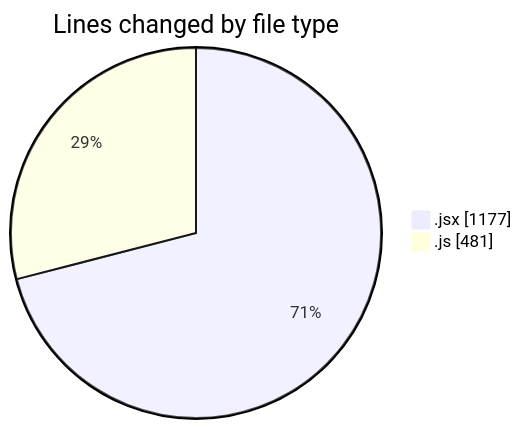
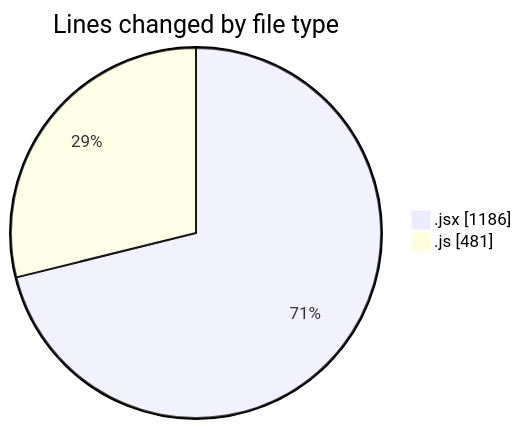
One commit to nxtqubesakshisongat/code-tracking changed the first of 2 diagrams in 2025-08-18/nxtqube_webapp/README.md. Above: the diagram before and after it, drawn with Mermaid. The commit also changed other lines of this file and 1 other file, not shown here.

````diff
--- a/2025-08-18/nxtqube_webapp/README.md
+++ b/2025-08-18/nxtqube_webapp/README.md
@@ -24,6 +24,6 @@
 ```mermaid
 pie showData
 title Lines changed by file type
-".jsx" : 1177
+".jsx" : 1186
 ".js" : 481
 ```
````
